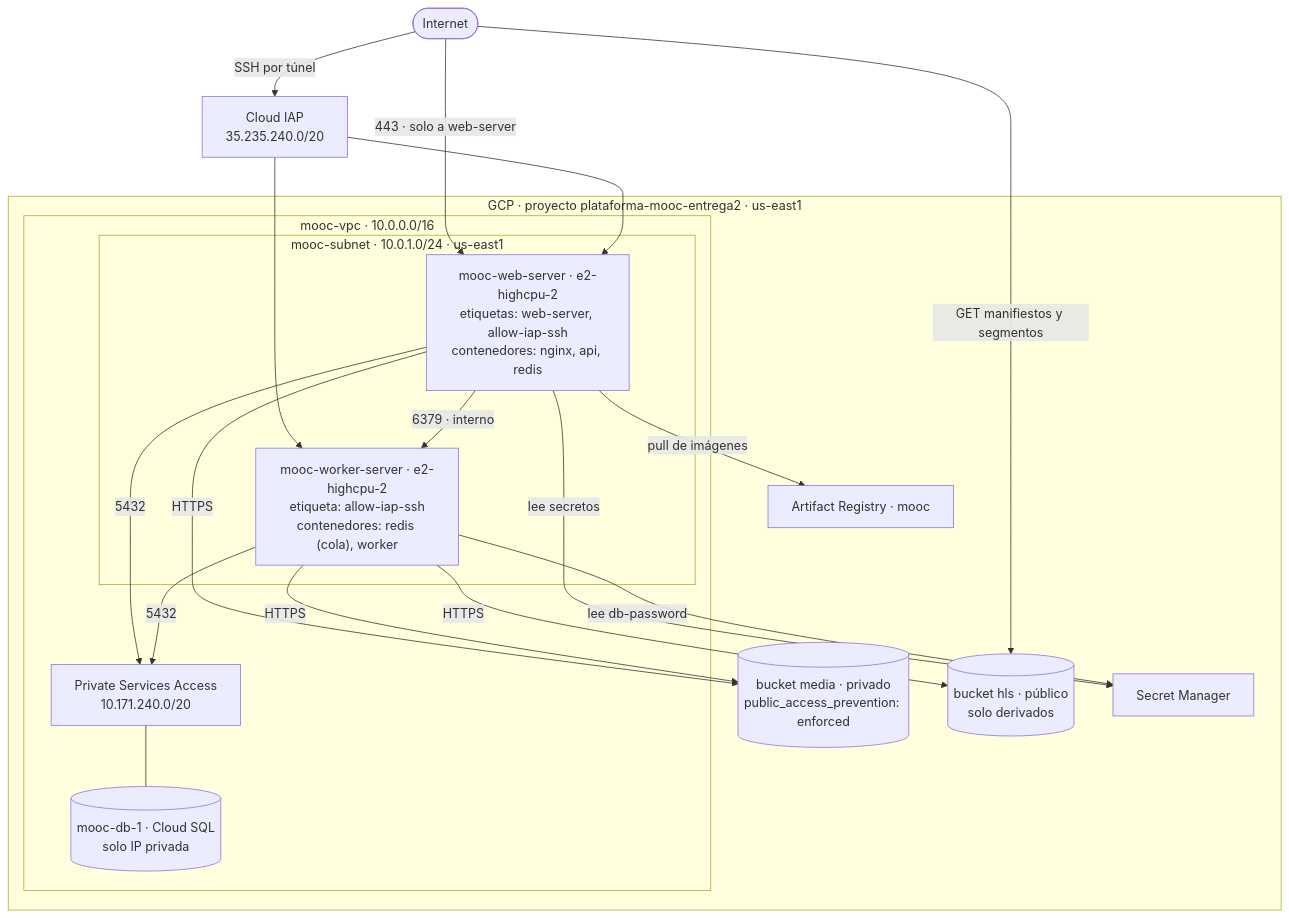
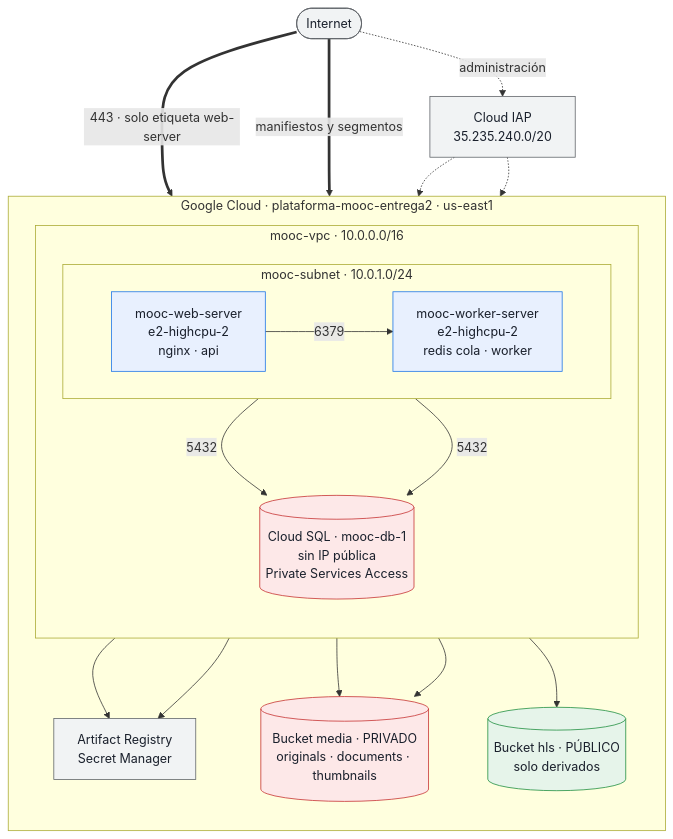
One commit to ISIS4426-2026/Plataforma-MOOC changed the third of 3 diagrams in docs/entrega2/ARQUITECTURA.md. Above: the diagram before and after it, drawn with Mermaid. The commit also changed other lines of this file and 2 other files, not shown here.

Commit message:
adjust architecture graphs

````diff
--- a/docs/entrega2/ARQUITECTURA.md
+++ b/docs/entrega2/ARQUITECTURA.md
@@ -163,36 +183,43 @@
 ```mermaid
 flowchart TB
     internet(["Internet"])
     iap["Cloud IAP<br/>35.235.240.0/20"]
 
-    subgraph gcp ["GCP · proyecto plataforma-mooc-entrega2 · us-east1"]
+    subgraph gcp ["Google Cloud · plataforma-mooc-entrega2 · us-east1"]
+        direction TB
+
         subgraph vpc ["mooc-vpc · 10.0.0.0/16"]
-            subgraph sub ["mooc-subnet · 10.0.1.0/24 · us-east1"]
-                vm1["mooc-web-server · e2-highcpu-2<br/>etiquetas: web-server, allow-iap-ssh<br/>contenedores: nginx, api, redis"]
-                vm2["mooc-worker-server · e2-highcpu-2<br/>etiqueta: allow-iap-ssh<br/>contenedores: redis (cola), worker"]
+            direction TB
+            subgraph sub ["mooc-subnet · 10.0.1.0/24"]
+                direction LR
+                vm1["mooc-web-server<br/>e2-highcpu-2<br/>nginx · api"]
+                vm2["mooc-worker-server<br/>e2-highcpu-2<br/>redis cola · worker"]
             end
-            peer["Private Services Access<br/>10.171.240.0/20"]
-            sql[("mooc-db-1 · Cloud SQL<br/>solo IP privada")]
+            sql[("Cloud SQL · mooc-db-1<br/>sin IP pública<br/>Private Services Access")]
         end
-        gcs1[("bucket media · privado<br/>public_access_prevention: enforced")]
-        gcs2[("bucket hls · público<br/>solo derivados")]
-        ar["Artifact Registry · mooc"]
-        sm["Secret Manager"]
+
+        gcs1[("Bucket media · PRIVADO<br/>originals · documents · thumbnails")]
+        gcs2[("Bucket hls · PÚBLICO<br/>solo derivados")]
+        ctl["Artifact Registry<br/>Secret Manager"]
     end
 
-    internet -- "443 · solo a web-server" --> vm1
-    internet -- "SSH por túnel" --> iap
-    iap --> vm1
-    iap --> vm2
-    vm1 -- "6379 · interno" --> vm2
-    vm1 -- "5432" --> peer
-    vm2 -- "5432" --> peer
-    peer --- sql
-    vm1 -- "HTTPS" --> gcs1
-    vm2 -- "HTTPS" --> gcs1
-    vm2 -- "HTTPS" --> gcs2
-    internet -- "GET manifiestos y segmentos" --> gcs2
-    vm1 -- "pull de imágenes" --> ar
-    vm1 -- "lee secretos" --> sm
-    vm2 -- "lee db-password" --> sm
+    internet ==>|"443 · solo etiqueta web-server"| vm1
+    internet ==>|"manifiestos y segmentos"| gcs2
+    internet -.->|"administración"| iap
+    iap -.-> vm1
+    iap -.-> vm2
+    vm1 -->|"6379"| vm2
+    vm1 & vm2 -->|"5432"| sql
+    vm1 & vm2 --> ctl
+    vm1 & vm2 --> gcs1
+    vm2 --> gcs2
+
+    classDef privado fill:#fde8e8,stroke:#c53030,color:#1a202c
+    classDef publico fill:#e6f4ea,stroke:#1e8e3e,color:#1a202c
+    classDef proc fill:#e8f0fe,stroke:#1a73e8,color:#1a202c
+    classDef ext fill:#f1f3f4,stroke:#5f6368,color:#1a202c
+    class gcs1,sql privado
+    class gcs2 publico
+    class vm1,vm2 proc
+    class internet,iap,ctl ext
 ```
````
